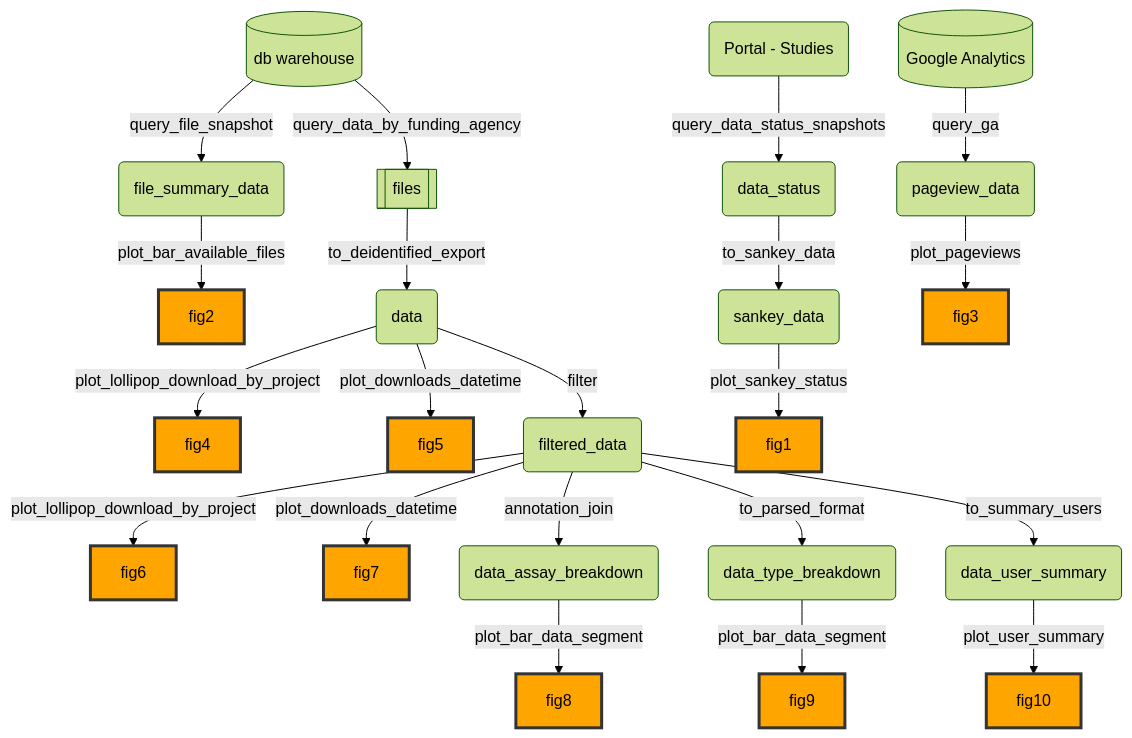
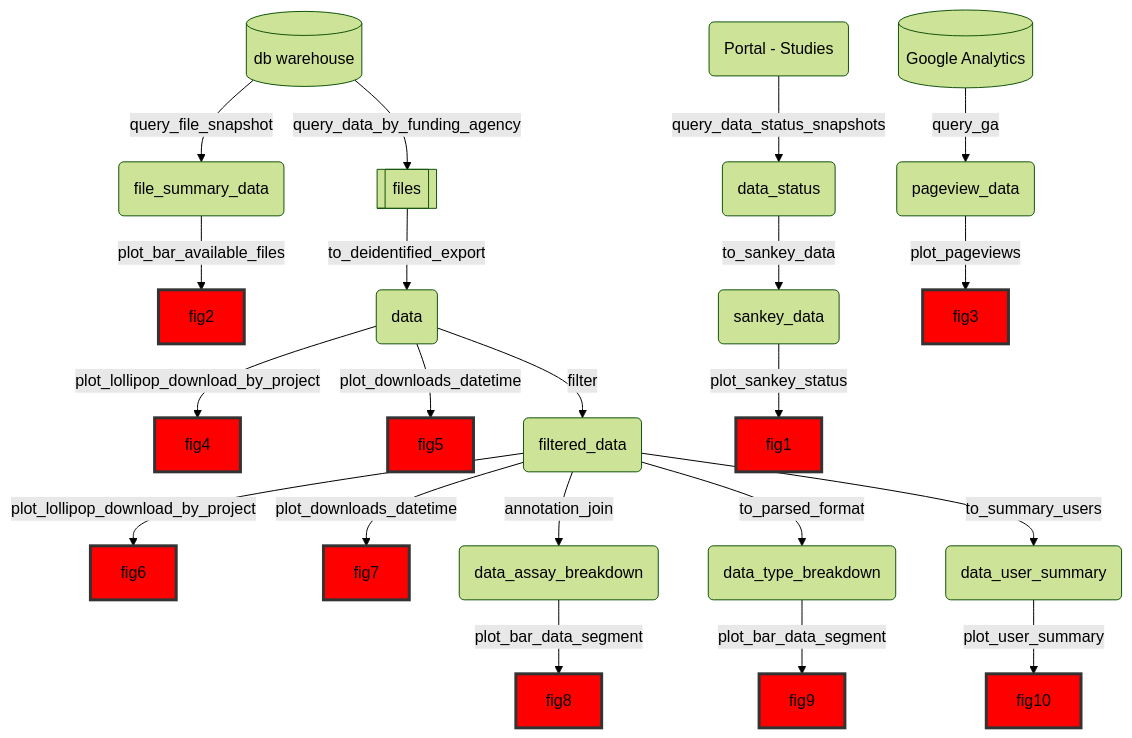
One commit to nf-osi/usagereports changed the diagram in README.md. Above: the diagram before and after it, drawn with Mermaid (forest theme). The commit also changed other lines of this file, not shown here.

````diff
--- a/README.md
+++ b/README.md
@@ -21,33 +23,33 @@
 ```mermaid
 flowchart TD
     
-    classDef fig fill:orange,stroke:#333,stroke-width:3px;
+    classDef fig fill:red,stroke:#333,stroke-width:3px;
     class fig1,fig2,fig3,fig4,fig5,fig6,fig7,fig8,fig9,fig10 fig;
     
     dw[(db warehouse)] -- query_data_by_funding_agency --> files[[files]] 
     dw -- query_file_snapshot --> file_summary_data(file_summary_data)
     file_summary_data -- plot_bar_available_files --> fig2:::fig
     files -- to_deidentified_export --> data(data) 
     data -- plot_lollipop_download_by_project --> fig4:::fig
     data -- plot_downloads_datetime --> fig5:::fig
     
     data -- filter --> filtered_data(filtered_data)
     filtered_data -- plot_lollipop_download_by_project --> fig6:::fig
     filtered_data -- plot_downloads_datetime --> fig7:::fig
     
     studies(Portal - Studies) -- query_data_status_snapshots --> data_status(data_status)
     data_status -- to_sankey_data --> sankey_data(sankey_data)
     sankey_data(sankey_data) -- plot_sankey_status --> fig1:::fig
     
     GA[(Google Analytics)] -- query_ga --> pageview_data(pageview_data)
     pageview_data -- plot_pageviews --> fig3:::fig
     
     filtered_data -- annotation_join --> data_assay_breakdown(data_assay_breakdown)
     filtered_data -- to_parsed_format --> data_type_breakdown(data_type_breakdown)
     data_assay_breakdown -- plot_bar_data_segment --> fig8:::fig
     data_type_breakdown -- plot_bar_data_segment --> fig9:::fig
     filtered_data -- to_summary_users --> data_user_summary(data_user_summary)
     data_user_summary -- plot_user_summary --> fig10:::fig
     
     
 ```
````
